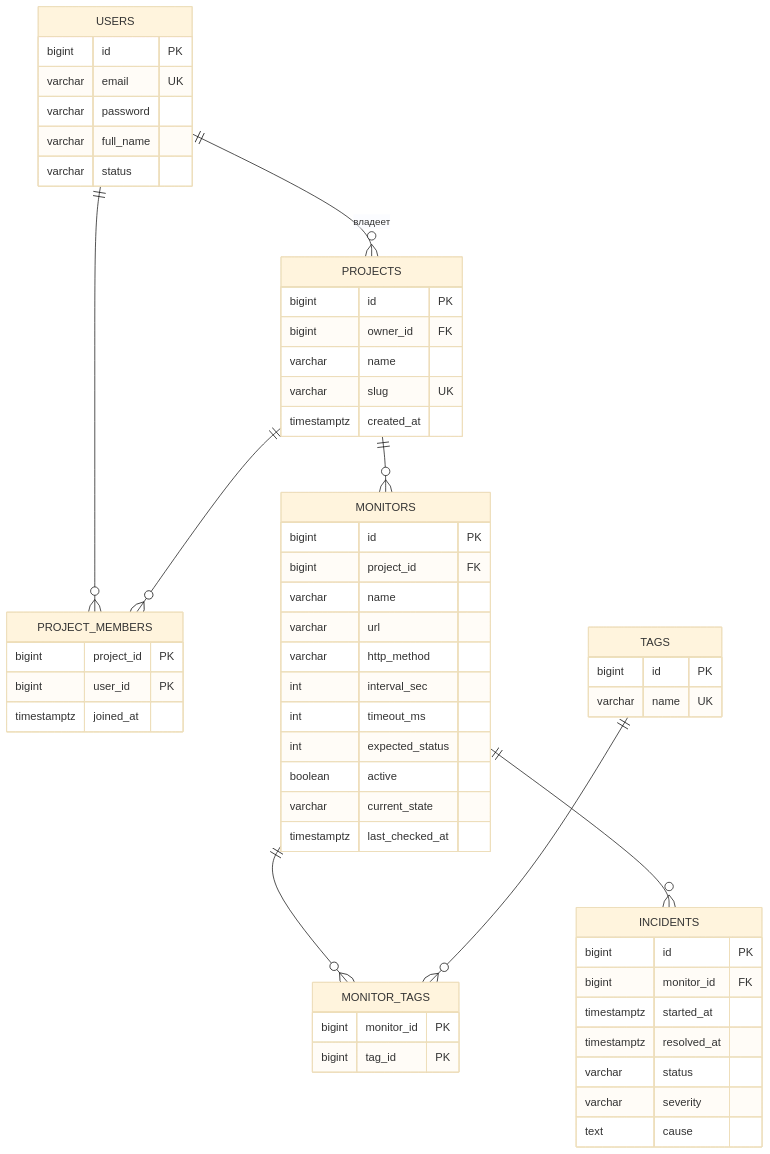
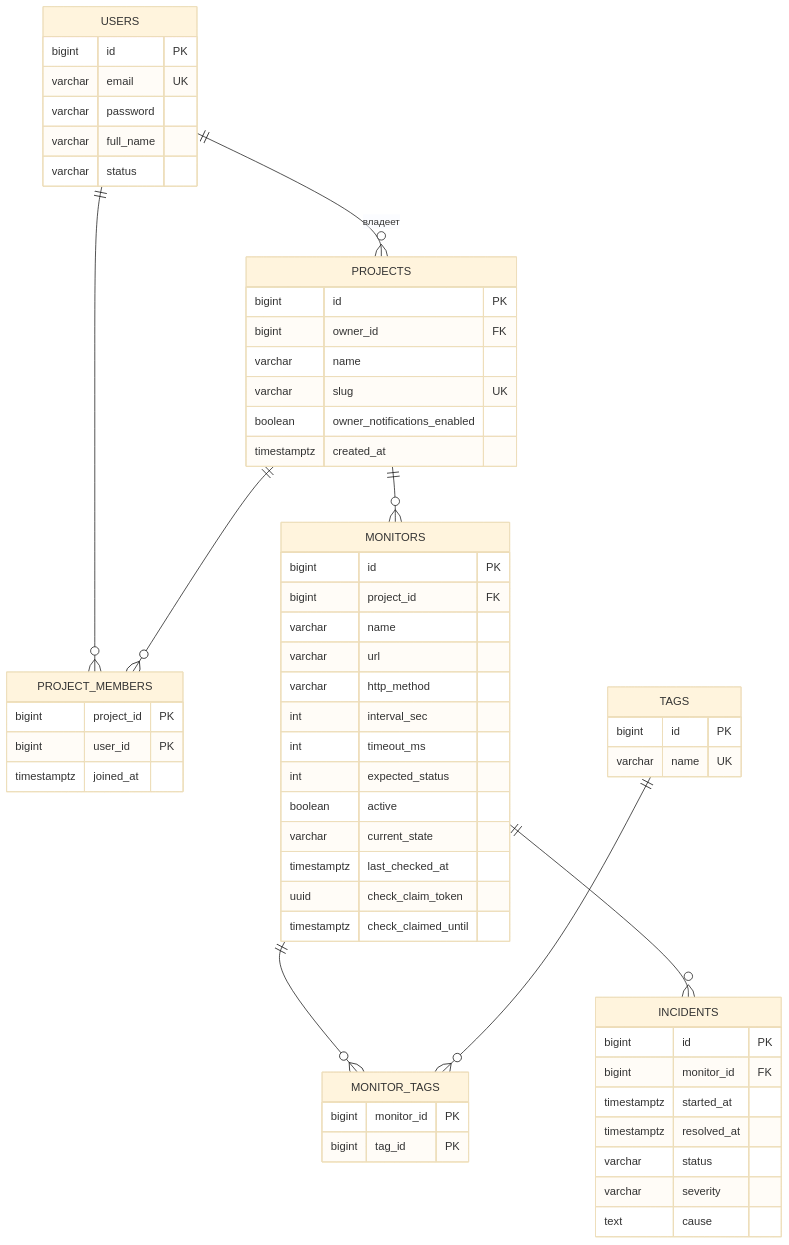
The third of 8 diagrams in docs/report-lab2.md (awesoma31/service-monitoring), drawn with Mermaid (base theme) before and after one commit. The commit also changed other lines of this file and 44 other files, not shown here.

````diff
--- a/docs/report-lab2.md
+++ b/docs/report-lab2.md
@@ -158,60 +158,63 @@
 ```mermaid
 erDiagram
     USERS ||--o{ PROJECTS : "владеет"
     USERS ||--o{ PROJECT_MEMBERS : ""
     PROJECTS ||--o{ PROJECT_MEMBERS : ""
     PROJECTS ||--o{ MONITORS : ""
     MONITORS ||--o{ MONITOR_TAGS : ""
     TAGS ||--o{ MONITOR_TAGS : ""
     MONITORS ||--o{ INCIDENTS : ""
 
     USERS {
         bigint id PK
         varchar email UK
         varchar password
         varchar full_name
         varchar status
     }
     PROJECTS {
         bigint id PK
         bigint owner_id FK
         varchar name
         varchar slug UK
+        boolean owner_notifications_enabled
         timestamptz created_at
     }
     PROJECT_MEMBERS {
         bigint project_id PK
         bigint user_id PK
         timestamptz joined_at
     }
     MONITORS {
         bigint id PK
         bigint project_id FK
         varchar name
         varchar url
         varchar http_method
         int interval_sec
         int timeout_ms
         int expected_status
         boolean active
         varchar current_state
         timestamptz last_checked_at
+        uuid check_claim_token
+        timestamptz check_claimed_until
     }
     TAGS {
         bigint id PK
         varchar name UK
     }
     MONITOR_TAGS {
         bigint monitor_id PK
         bigint tag_id PK
     }
     INCIDENTS {
         bigint id PK
         bigint monitor_id FK
         timestamptz started_at
         timestamptz resolved_at
         varchar status
         varchar severity
         text cause
     }
 ```
````
